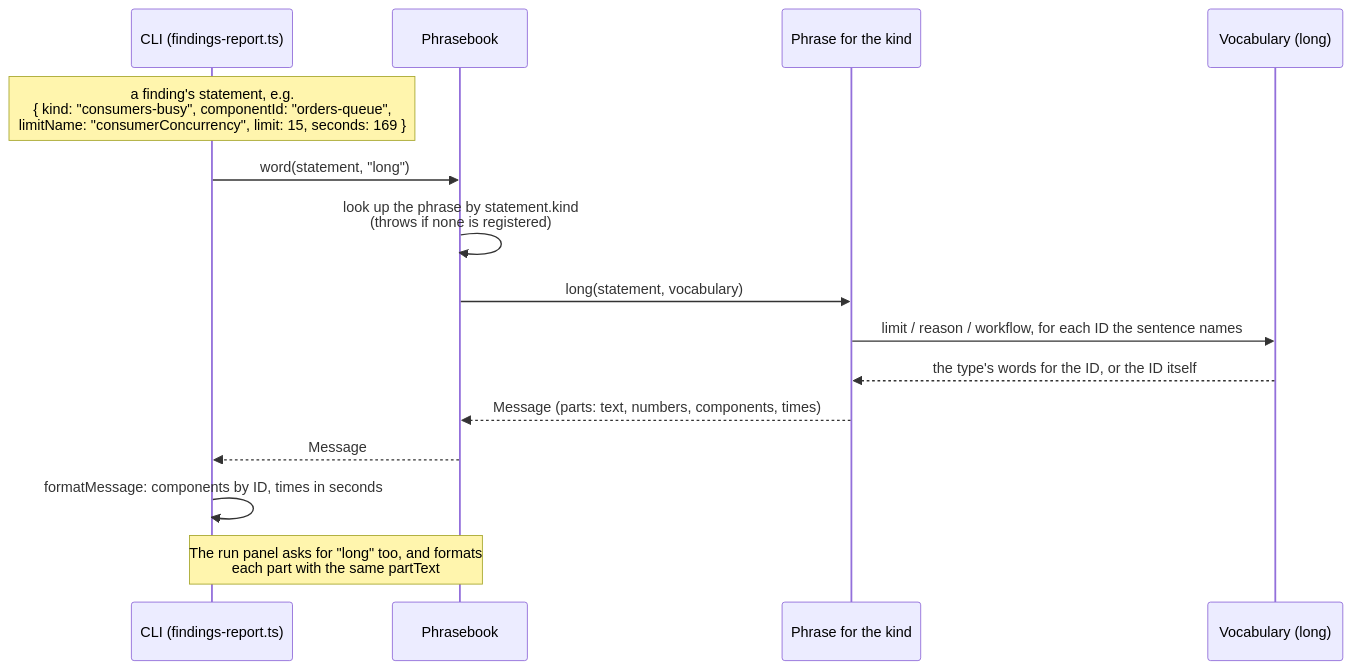
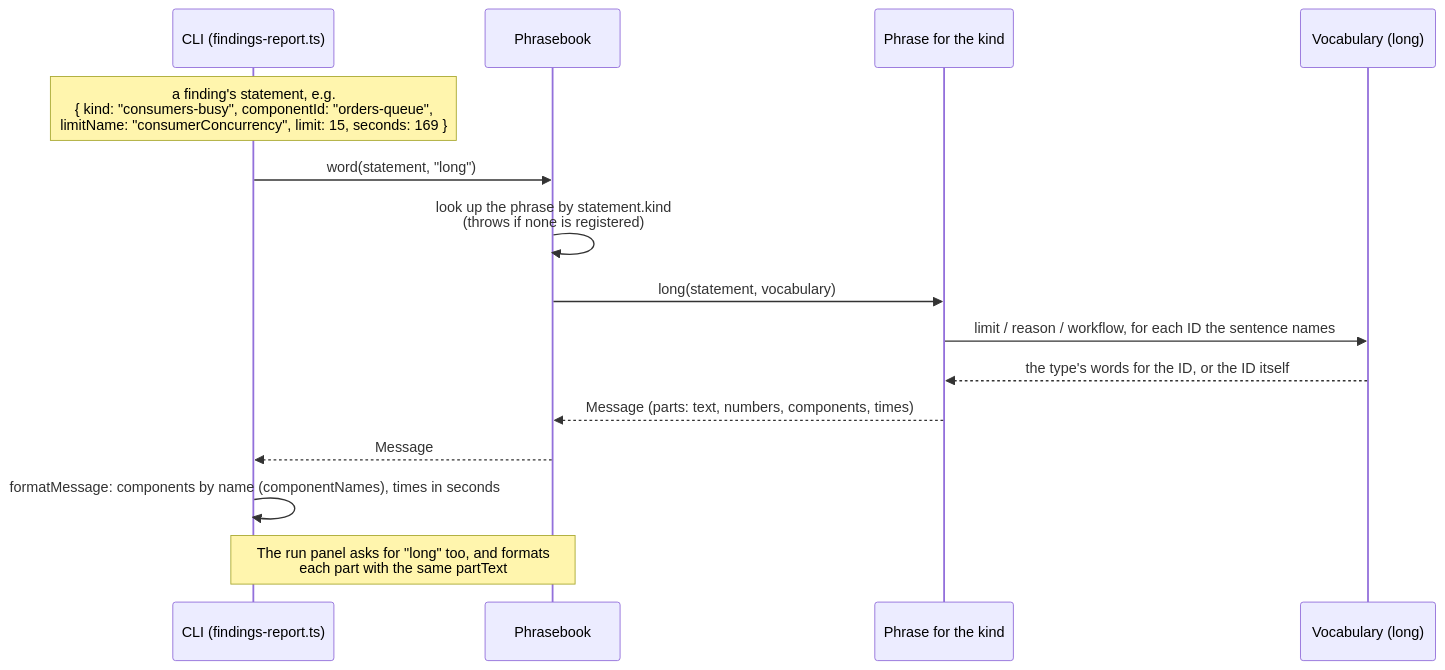
One commit to alanbickel/wind-tunnel changed the second of 3 diagrams in docs/architecture/finding-detectors.md. Above: the diagram before and after it, drawn with Mermaid. The commit also changed other lines of this file and 44 other files, not shown here.

Commit message:
feat: show component names, not ids, in findings and the CLI (#91)

````diff
--- a/docs/architecture/finding-detectors.md
+++ b/docs/architecture/finding-detectors.md
@@ -86,17 +89,17 @@
 ```mermaid
 sequenceDiagram
     participant C as CLI (findings-report.ts)
     participant P as Phrasebook
     participant Ph as Phrase for the kind
     participant V as Vocabulary (long)
     Note over C: a finding's statement, e.g.<br/>{ kind: "consumers-busy", componentId: "orders-queue",<br/>limitName: "consumerConcurrency", limit: 15, seconds: 169 }
     C->>P: word(statement, "long")
     P->>P: look up the phrase by statement.kind<br/>(throws if none is registered)
     P->>Ph: long(statement, vocabulary)
     Ph->>V: limit / reason / workflow, for each ID the sentence names
     V-->>Ph: the type's words for the ID, or the ID itself
     Ph-->>P: Message (parts: text, numbers, components, times)
     P-->>C: Message
-    C->>C: formatMessage: components by ID, times in seconds
+    C->>C: formatMessage: components by name (componentNames), times in seconds
     Note over C,P: The run panel asks for "long" too, and formats<br/>each part with the same partText
 ```
````
